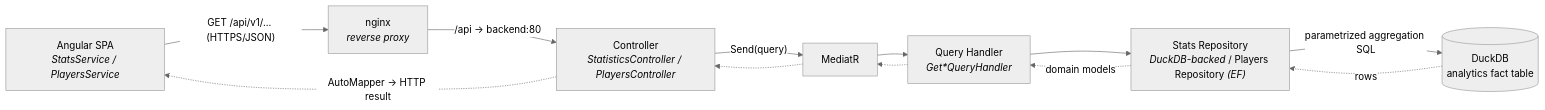
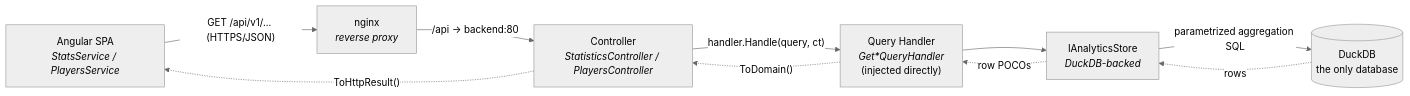
Before and after one commit to DeradoZA/tf2sa: the first of 2 diagrams in docs/architecture/request-flow.md, drawn with Mermaid (neutral theme). The commit also changed other lines of this file and 17 other files, not shown here.

````diff
--- a/docs/architecture/request-flow.md
+++ b/docs/architecture/request-flow.md
@@ -23,22 +22,19 @@
 ```mermaid
 flowchart LR
     browser["Angular SPA<br/><i>StatsService / PlayersService</i>"]
     nginx["nginx<br/><i>reverse proxy</i>"]
     controller["Controller<br/><i>StatisticsController / PlayersController</i>"]
-    mediator["MediatR"]
-    handler["Query Handler<br/><i>Get*QueryHandler</i>"]
-    repo["Stats Repository<br/><i>DuckDB-backed</i> / Players Repository <i>(EF)</i>"]
-    duck[("DuckDB<br/>analytics fact table")]
+    handler["Query Handler<br/><i>Get*QueryHandler</i><br/>(injected directly)"]
+    store["IAnalyticsStore<br/><i>DuckDB-backed</i>"]
+    duck[("DuckDB<br/>the only database")]
 
     browser -->|"GET /api/v1/... (HTTPS/JSON)"| nginx
     nginx -->|"/api → backend:80"| controller
-    controller -->|"Send(query)"| mediator
-    mediator --> handler
-    handler --> repo
-    repo -->|"parametrized aggregation SQL"| duck
-    duck -.->|rows| repo
-    repo -.->|domain models| handler
-    handler -.-> mediator
-    mediator -.-> controller
-    controller -.->|AutoMapper → HTTP result| browser
+    controller -->|"handler.Handle(query, ct)"| handler
+    handler --> store
+    store -->|"parametrized aggregation SQL"| duck
+    duck -.->|rows| store
+    store -.->|row POCOs| handler
+    handler -.->|"ToDomain()"| controller
+    controller -.->|"ToHttpResult()"| browser
 ```
````
